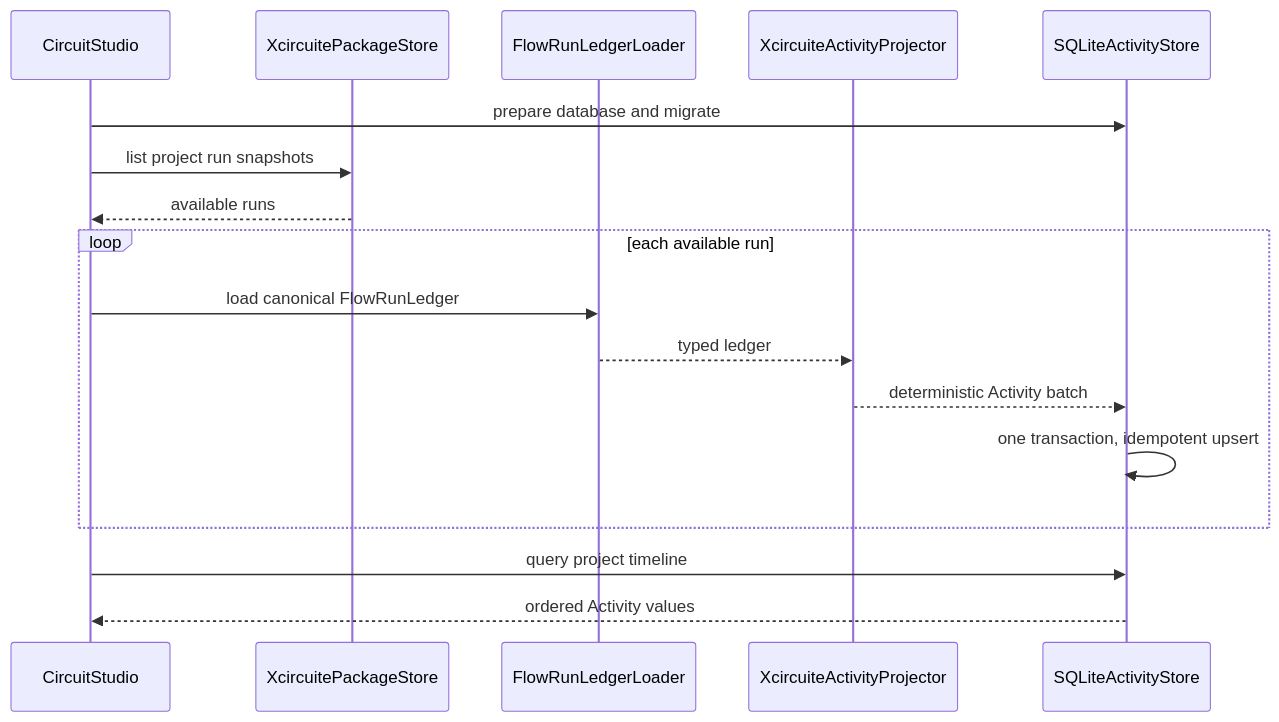
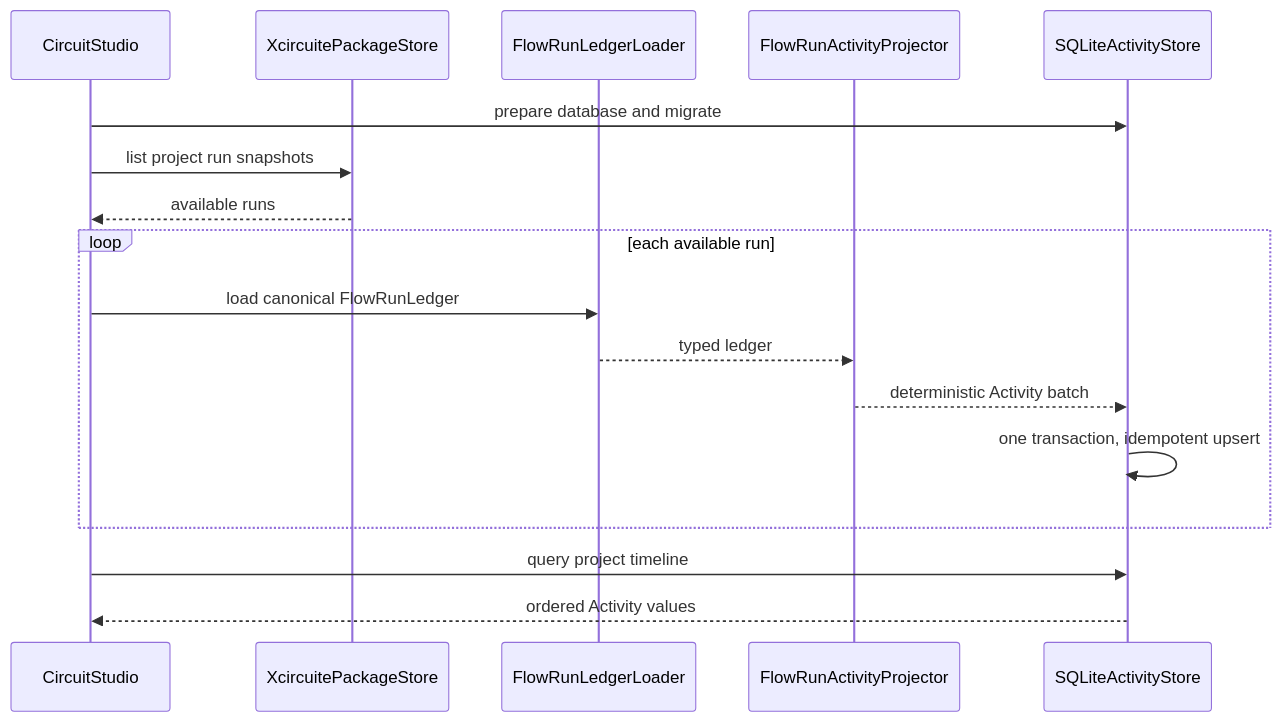
The third of 3 diagrams in docs/activity-timeline-design.md (1amageek/circuit-studio), drawn with Mermaid before and after one commit. The commit also changed other lines of this file and 20 other files, not shown here.

````diff
--- a/docs/activity-timeline-design.md
+++ b/docs/activity-timeline-design.md
@@ -221,20 +221,20 @@
 ```mermaid
 sequenceDiagram
   participant UI as CircuitStudio
   participant PackageStore as XcircuitePackageStore
   participant Loader as FlowRunLedgerLoader
-  participant Projector as XcircuiteActivityProjector
+  participant Projector as FlowRunActivityProjector
   participant Store as SQLiteActivityStore
 
   UI->>Store: prepare database and migrate
   UI->>PackageStore: list project run snapshots
   PackageStore-->>UI: available runs
   loop each available run
     UI->>Loader: load canonical FlowRunLedger
     Loader-->>Projector: typed ledger
     Projector-->>Store: deterministic Activity batch
     Store->>Store: one transaction, idempotent upsert
   end
   UI->>Store: query project timeline
   Store-->>UI: ordered Activity values
 ```
````
